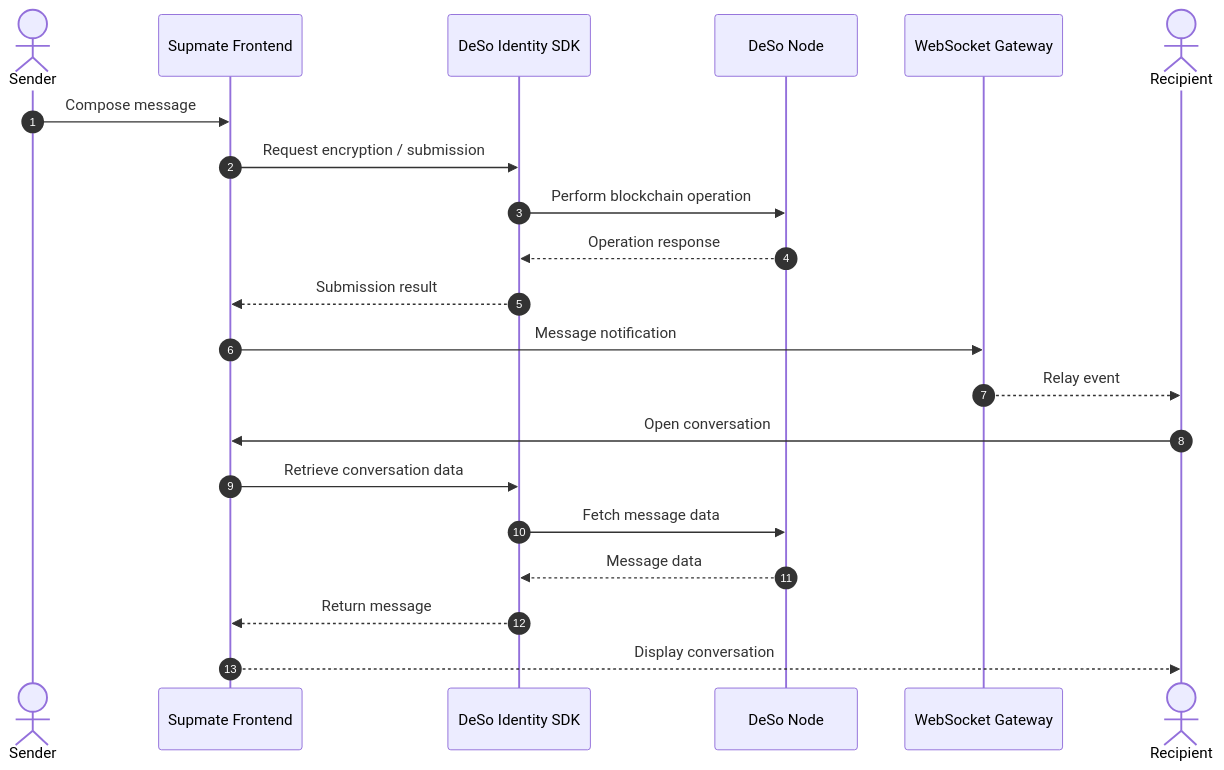
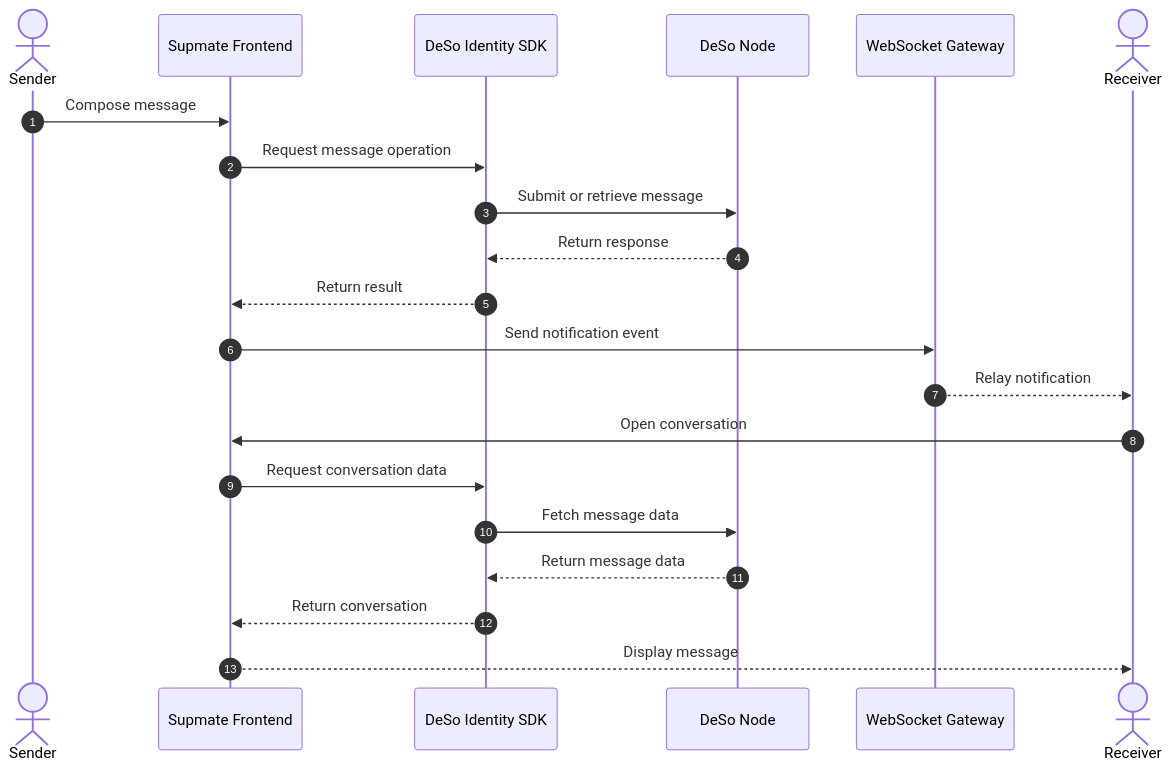
One commit to GREYHATTER225/supmate-web3 changed the second of 3 diagrams in README.md. Above: the diagram before and after it, drawn with Mermaid. The commit also changed other lines of this file, not shown here.

````diff
--- a/README.md
+++ b/README.md
@@ -217,28 +231,28 @@
 ```mermaid
 sequenceDiagram
 
     autonumber
 
-    actor Sender as Sender
+    actor Sender
     participant UI as Supmate Frontend
     participant SDK as DeSo Identity SDK
     participant RPC as DeSo Node
     participant WS as WebSocket Gateway
-    actor Receiver as Recipient
+    actor Receiver
 
     Sender->>UI: Compose message
-    UI->>SDK: Request encryption / submission
-    SDK->>RPC: Perform blockchain operation
-    RPC-->>SDK: Operation response
-    SDK-->>UI: Submission result
+    UI->>SDK: Request message operation
+    SDK->>RPC: Submit or retrieve message
+    RPC-->>SDK: Return response
+    SDK-->>UI: Return result
 
-    UI->>WS: Message notification
-    WS-->>Receiver: Relay event
+    UI->>WS: Send notification event
+    WS-->>Receiver: Relay notification
 
     Receiver->>UI: Open conversation
-    UI->>SDK: Retrieve conversation data
+    UI->>SDK: Request conversation data
     SDK->>RPC: Fetch message data
-    RPC-->>SDK: Message data
-    SDK-->>UI: Return message
-    UI-->>Receiver: Display conversation
+    RPC-->>SDK: Return message data
+    SDK-->>UI: Return conversation
+    UI-->>Receiver: Display message
 ```
````
